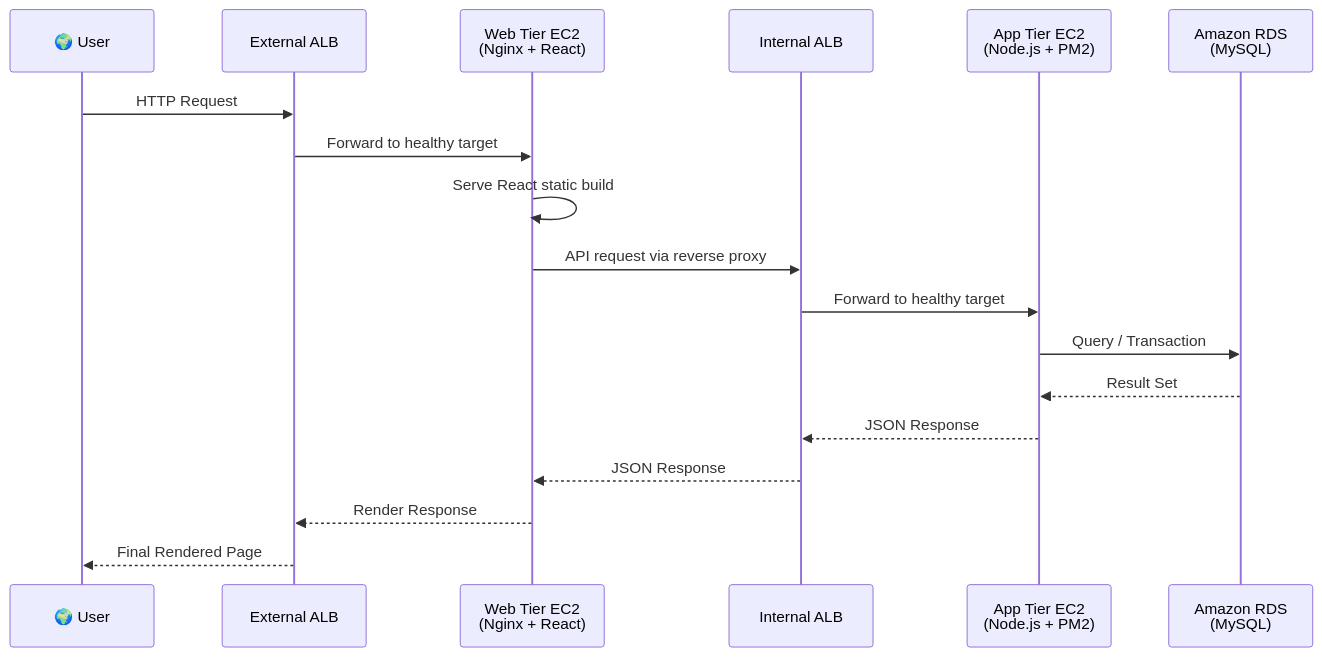
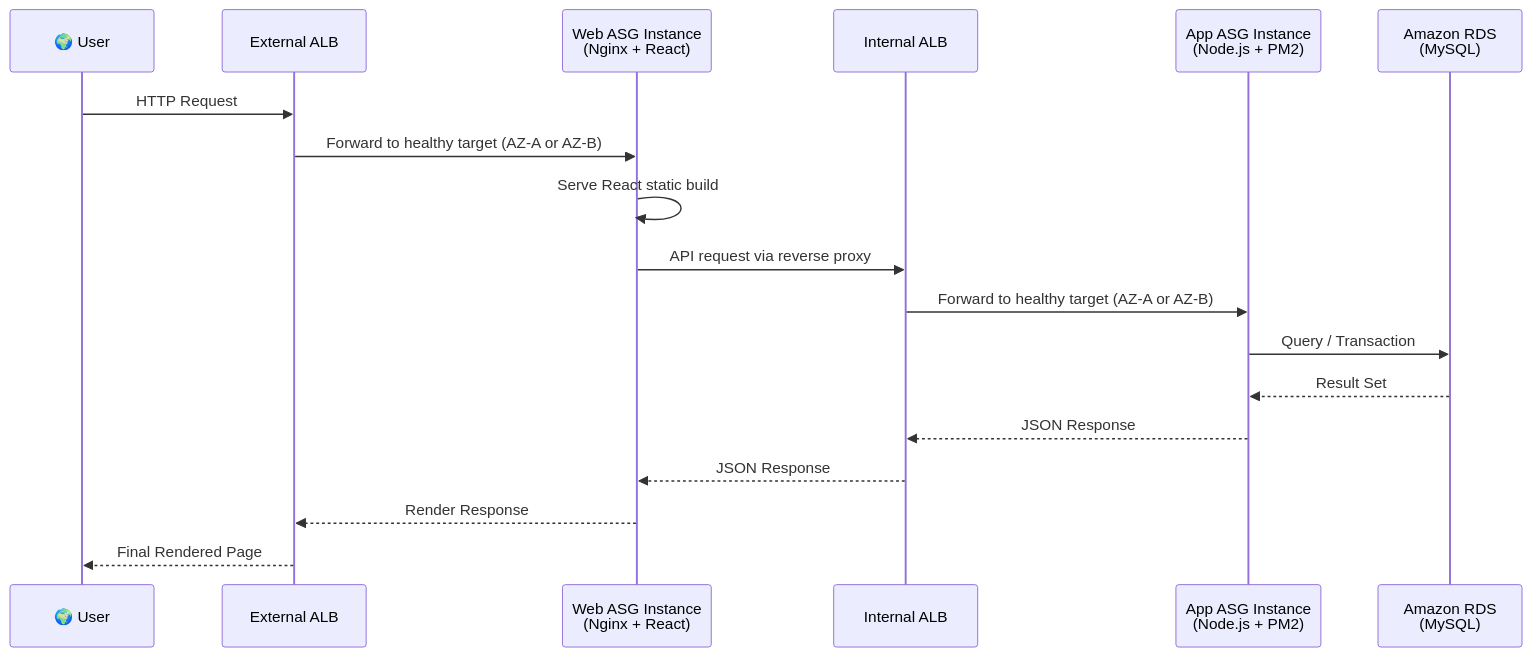
One commit to devanshgoswami02/aws-3-tier-web-application changed the diagram in README.md. Above: the diagram before and after it, drawn with Mermaid. The commit also changed other lines of this file and 11 other files, not shown here.

Commit message:
Enhance AWS 3-Tier Architecture with Auto Scaling, updated documentation, architecture diagram, and project screenshots

````diff
--- a/README.md
+++ b/README.md
@@ -81,21 +89,21 @@
 ```mermaid
 sequenceDiagram
     participant U as 🌍 User
     participant EALB as External ALB
-    participant WEB as Web Tier EC2<br/>(Nginx + React)
+    participant WEB as Web ASG Instance<br/>(Nginx + React)
     participant IALB as Internal ALB
-    participant APP as App Tier EC2<br/>(Node.js + PM2)
+    participant APP as App ASG Instance<br/>(Node.js + PM2)
     participant DB as Amazon RDS<br/>(MySQL)
 
     U->>EALB: HTTP Request
-    EALB->>WEB: Forward to healthy target
+    EALB->>WEB: Forward to healthy target (AZ-A or AZ-B)
     WEB->>WEB: Serve React static build
     WEB->>IALB: API request via reverse proxy
-    IALB->>APP: Forward to healthy target
+    IALB->>APP: Forward to healthy target (AZ-A or AZ-B)
     APP->>DB: Query / Transaction
     DB-->>APP: Result Set
     APP-->>IALB: JSON Response
     IALB-->>WEB: JSON Response
     WEB-->>EALB: Render Response
     EALB-->>U: Final Rendered Page
 ```
````
